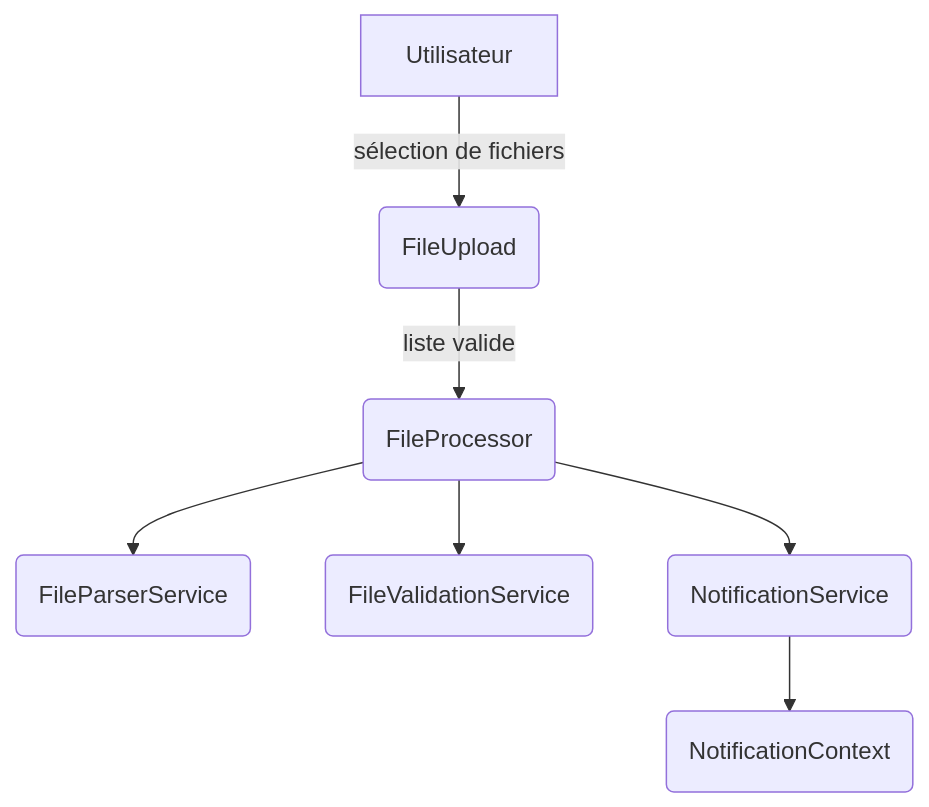
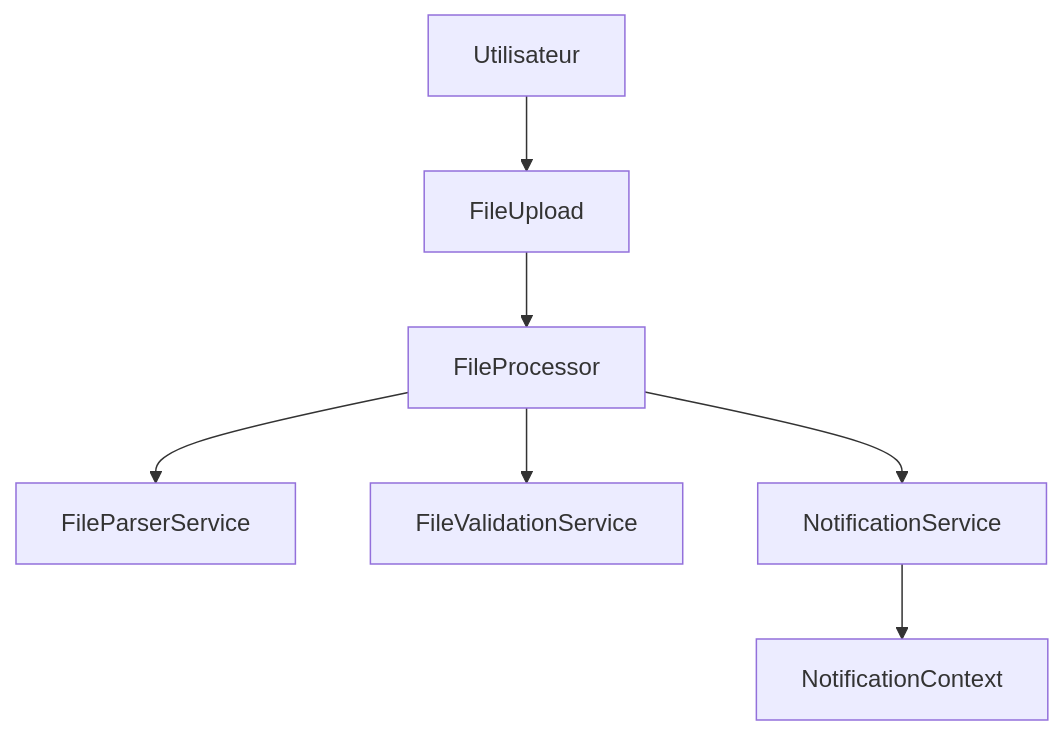
The diagram in AGENTS.md (Fr3doo/Postman_Runner_File_Processor), drawn with Mermaid before and after one commit.

````diff
--- a/AGENTS.md
+++ b/AGENTS.md
@@ -79,9 +79,10 @@
 ```mermaid
 graph TD
-  A[Utilisateur] -->|sélection de fichiers| B(FileUpload)
-  B -->|liste valide| C(FileProcessor)
-  C --> D(FileParserService)
-  C --> E(FileValidationService)
-  C --> F(NotificationService)
-  F --> G(NotificationContext)
+    Utilisateur --> FileUpload
+    FileUpload --> FileProcessor
+    FileProcessor --> FileParserService
+    FileProcessor --> FileValidationService
+    FileProcessor --> NotificationService
+    NotificationService --> NotificationContext
+
 ```
````
